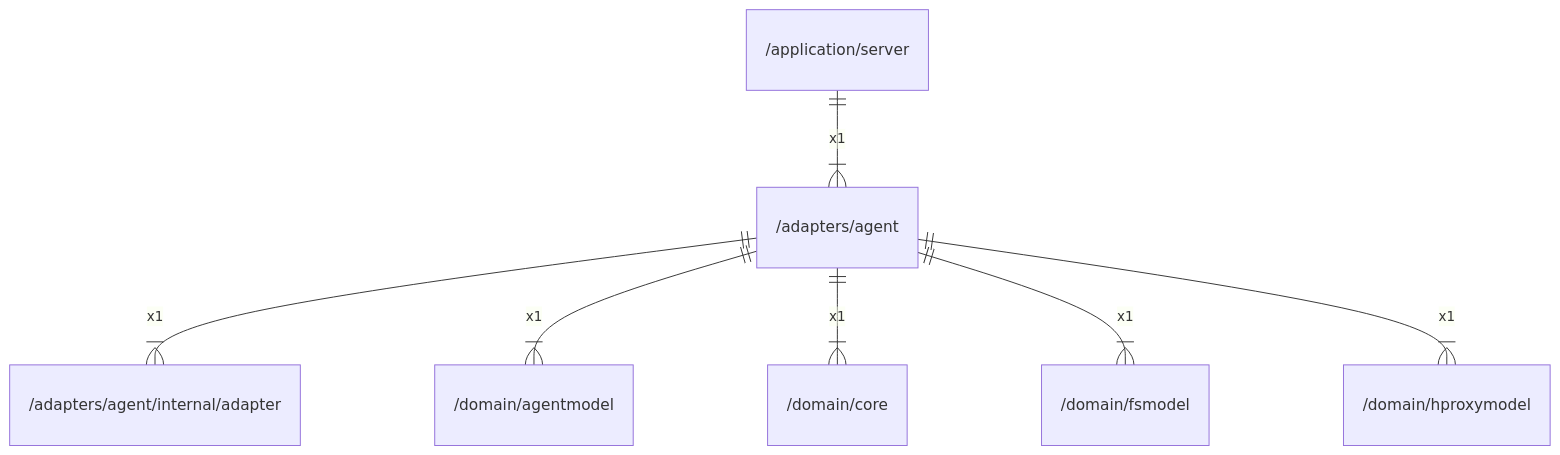
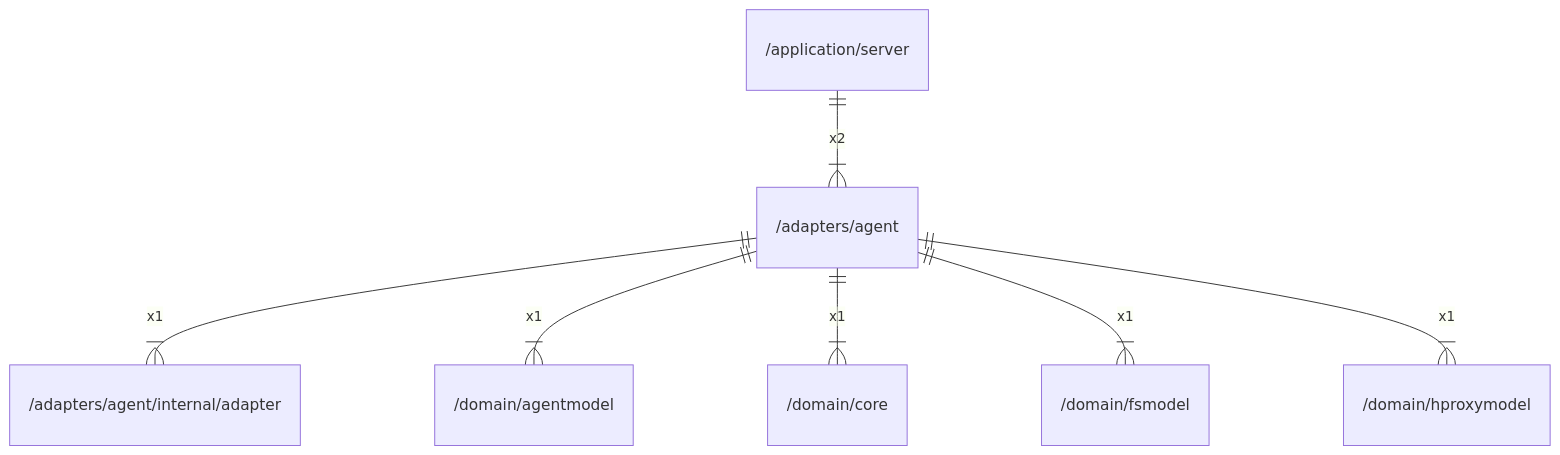
Before and after one commit to gbh007/hgraber-next: the diagram in docs/arch/adapters/agent.md, drawn with Mermaid. The commit also changed 52 other files, not shown here.

````diff
--- a/docs/arch/adapters/agent.md
+++ b/docs/arch/adapters/agent.md
@@ -28,9 +28,9 @@
 ```mermaid
 erDiagram
     "/adapters/agent" ||--|{ "/adapters/agent/internal/adapter" : x1
     "/adapters/agent" ||--|{ "/domain/agentmodel" : x1
     "/adapters/agent" ||--|{ "/domain/core" : x1
     "/adapters/agent" ||--|{ "/domain/fsmodel" : x1
     "/adapters/agent" ||--|{ "/domain/hproxymodel" : x1
-    "/application/server" ||--|{ "/adapters/agent" : x1
+    "/application/server" ||--|{ "/adapters/agent" : x2
 ```
````
